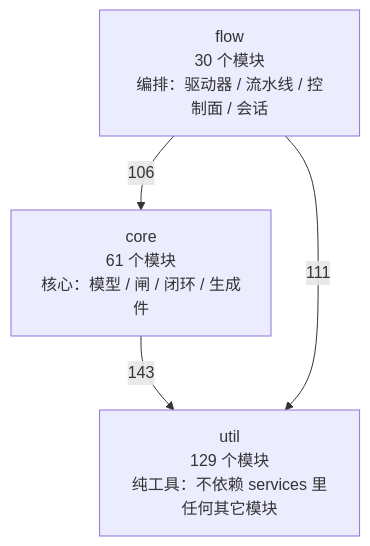
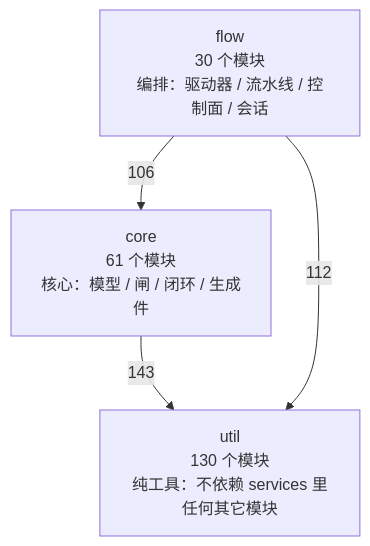
One commit to 2686521696/WhyBuddy changed the first of 4 diagrams in docs/SlideRule V6.2 架构图（自动生成）.md. Above: the diagram before and after it, drawn with Mermaid. The commit also changed other lines of this file and 7 other files, not shown here.

````diff
--- a/docs/SlideRule V6.2 架构图（自动生成）.md
+++ b/docs/SlideRule V6.2 架构图（自动生成）.md
@@ -48,9 +48,9 @@
 ```mermaid
 flowchart TB
-  util["util<br/>129 个模块<br/>纯工具：不依赖 services 里任何其它模块"]
+  util["util<br/>130 个模块<br/>纯工具：不依赖 services 里任何其它模块"]
   core["core<br/>61 个模块<br/>核心：模型 / 闸 / 闭环 / 生成件"]
   flow["flow<br/>30 个模块<br/>编排：驱动器 / 流水线 / 控制面 / 会话"]
   core -->|143| util
   flow -->|106| core
-  flow -->|111| util
+  flow -->|112| util
 ```
````
